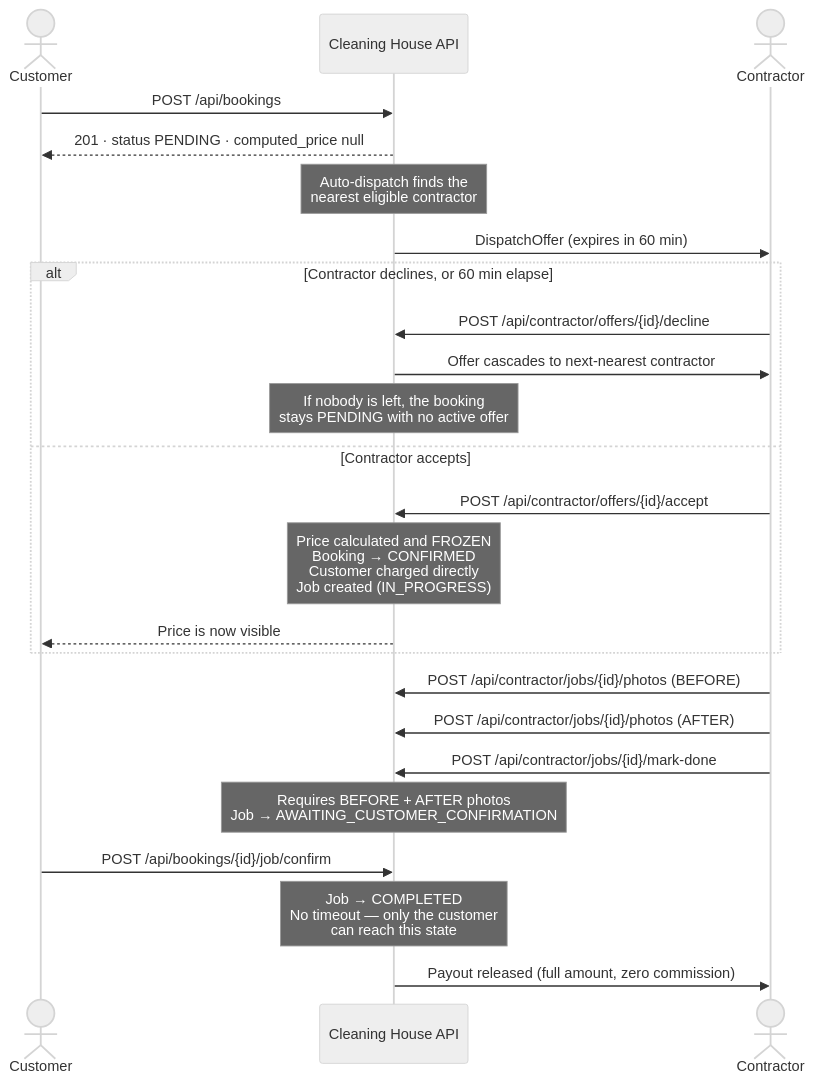
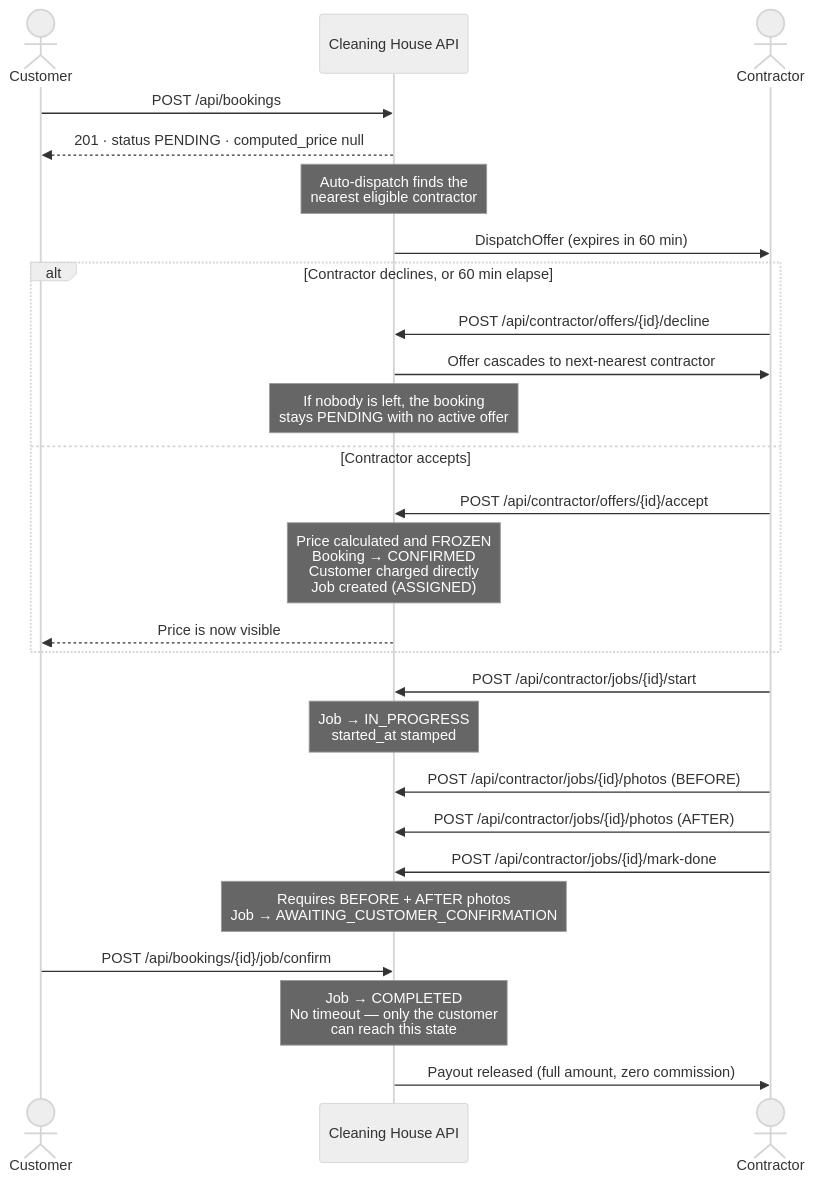
The diagram in API_INTEGRATION_GUIDE.md (Daniel-Frzat/cleaning_house), drawn with Mermaid (neutral theme) before and after one commit. The commit also changed other lines of this file and 8 other files, not shown here.

````diff
--- a/API_INTEGRATION_GUIDE.md
+++ b/API_INTEGRATION_GUIDE.md
@@ -595,31 +600,33 @@
 ```mermaid
 sequenceDiagram
     actor C as Customer
     participant API as Cleaning House API
     actor K as Contractor
 
     C->>API: POST /api/bookings
     API-->>C: 201 · status PENDING · computed_price null
     Note over API: Auto-dispatch finds the<br/>nearest eligible contractor
 
     API->>K: DispatchOffer (expires in 60 min)
 
     alt Contractor declines, or 60 min elapse
         K->>API: POST /api/contractor/offers/{id}/decline
         API->>K: Offer cascades to next-nearest contractor
         Note over API: If nobody is left, the booking<br/>stays PENDING with no active offer
     else Contractor accepts
         K->>API: POST /api/contractor/offers/{id}/accept
-        Note over API: Price calculated and FROZEN<br/>Booking → CONFIRMED<br/>Customer charged directly<br/>Job created (IN_PROGRESS)
+        Note over API: Price calculated and FROZEN<br/>Booking → CONFIRMED<br/>Customer charged directly<br/>Job created (ASSIGNED)
         API-->>C: Price is now visible
     end
 
+    K->>API: POST /api/contractor/jobs/{id}/start
+    Note over API: Job → IN_PROGRESS<br/>started_at stamped
     K->>API: POST /api/contractor/jobs/{id}/photos (BEFORE)
     K->>API: POST /api/contractor/jobs/{id}/photos (AFTER)
     K->>API: POST /api/contractor/jobs/{id}/mark-done
     Note over API: Requires BEFORE + AFTER photos<br/>Job → AWAITING_CUSTOMER_CONFIRMATION
 
     C->>API: POST /api/bookings/{id}/job/confirm
     Note over API: Job → COMPLETED<br/>No timeout — only the customer<br/>can reach this state
     API->>K: Payout released (full amount, zero commission)
 ```
````
